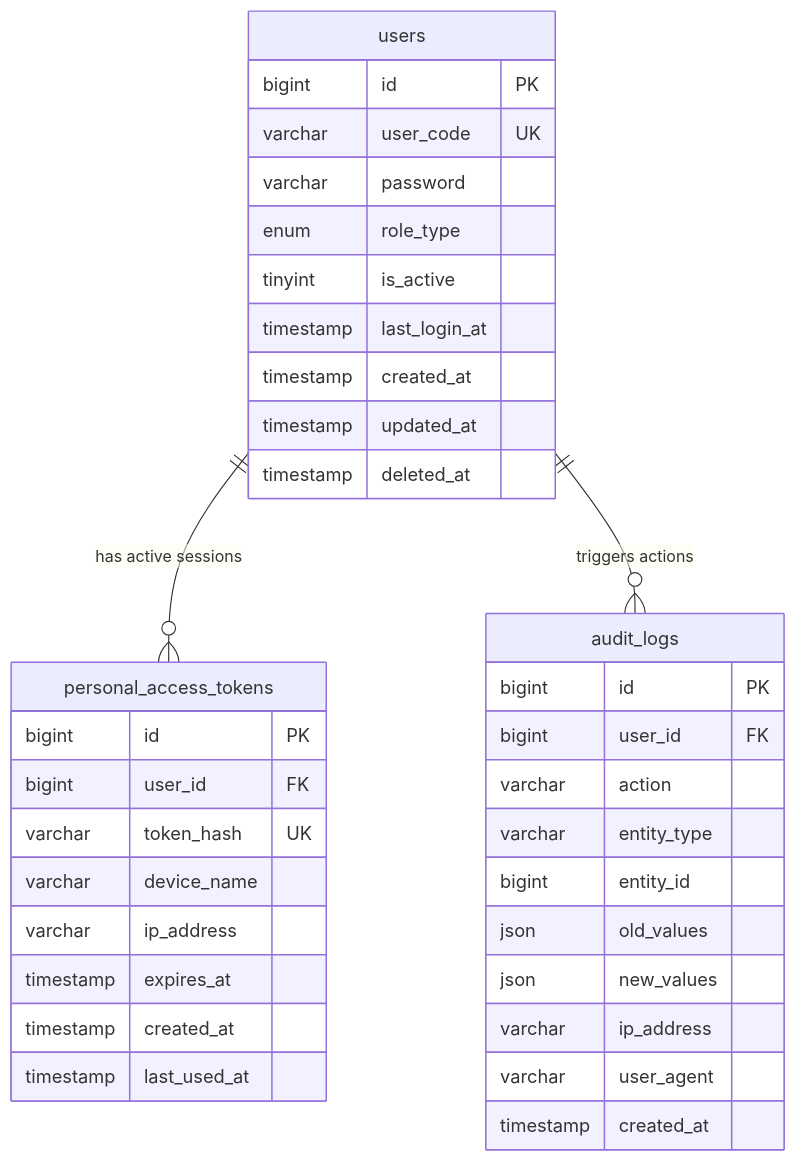
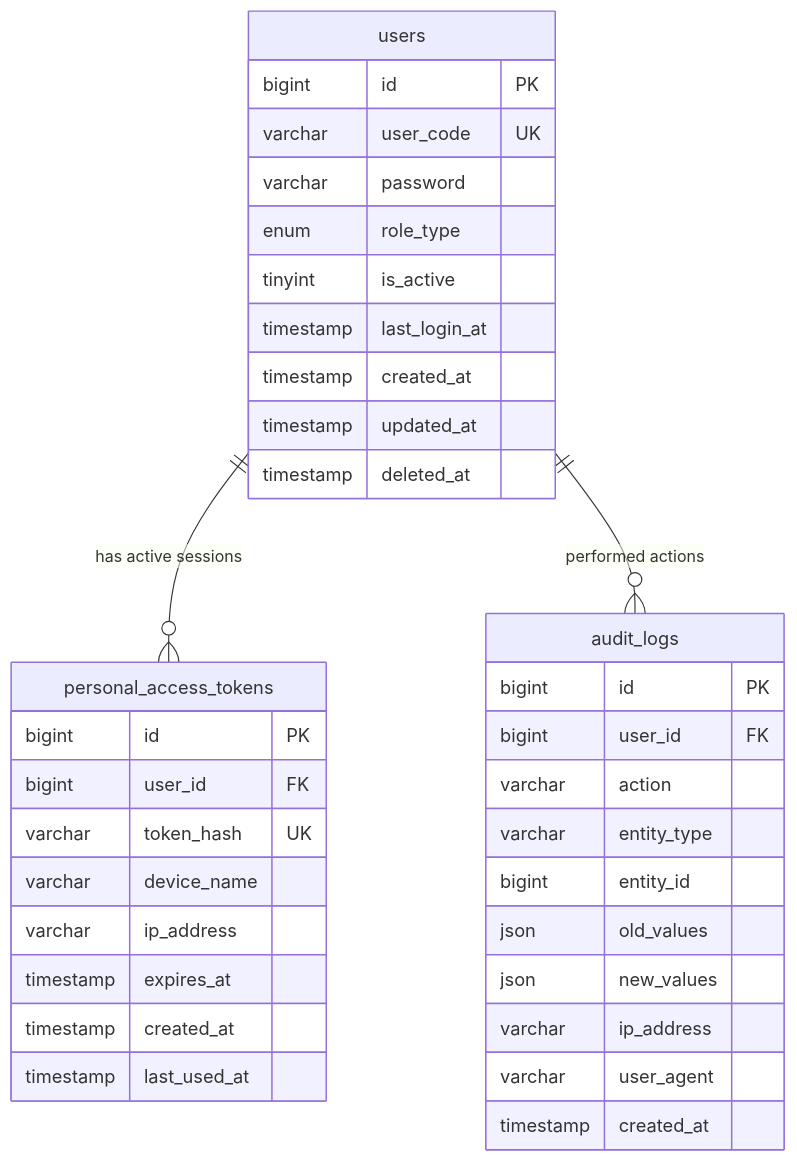
Before and after one commit to alalemusa98-ctrl/Taqniya-SMS: the diagram in MD/phases/phase_01_auth_identity/data.md, drawn with Mermaid. The commit also changed other lines of this file and 7 other files, not shown here.

````diff
--- a/MD/phases/phase_01_auth_identity/data.md
+++ b/MD/phases/phase_01_auth_identity/data.md
@@ -95,41 +107,41 @@
 ```mermaid
 erDiagram
     users ||--o{ personal_access_tokens : "has active sessions"
-    users ||--o{ audit_logs : "triggers actions"
+    users ||--o{ audit_logs : "performed actions"
 
     users {
         bigint id PK
         varchar user_code UK
         varchar password
         enum role_type
         tinyint is_active
         timestamp last_login_at
         timestamp created_at
         timestamp updated_at
         timestamp deleted_at
     }
 
     personal_access_tokens {
         bigint id PK
         bigint user_id FK
         varchar token_hash UK
         varchar device_name
         varchar ip_address
         timestamp expires_at
         timestamp created_at
         timestamp last_used_at
     }
 
     audit_logs {
         bigint id PK
         bigint user_id FK
         varchar action
         varchar entity_type
         bigint entity_id
         json old_values
         json new_values
         varchar ip_address
         varchar user_agent
         timestamp created_at
     }
 ```
````
